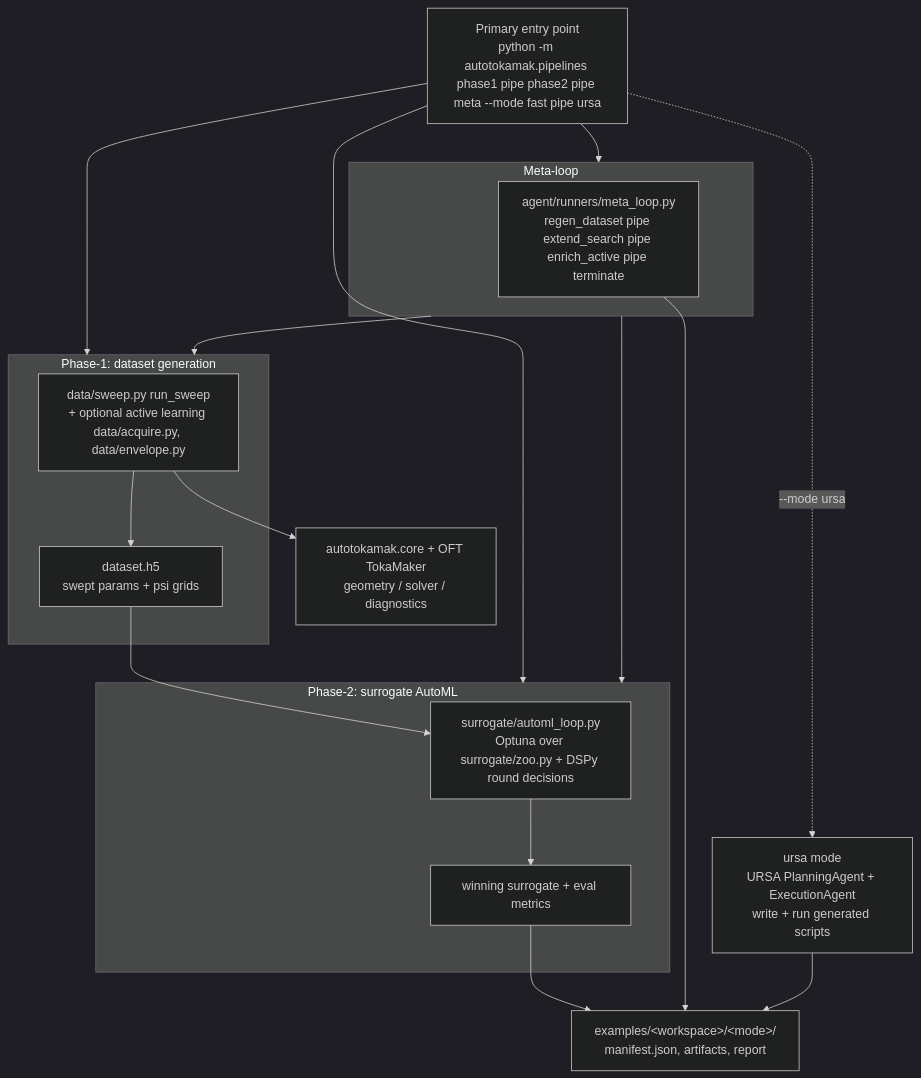
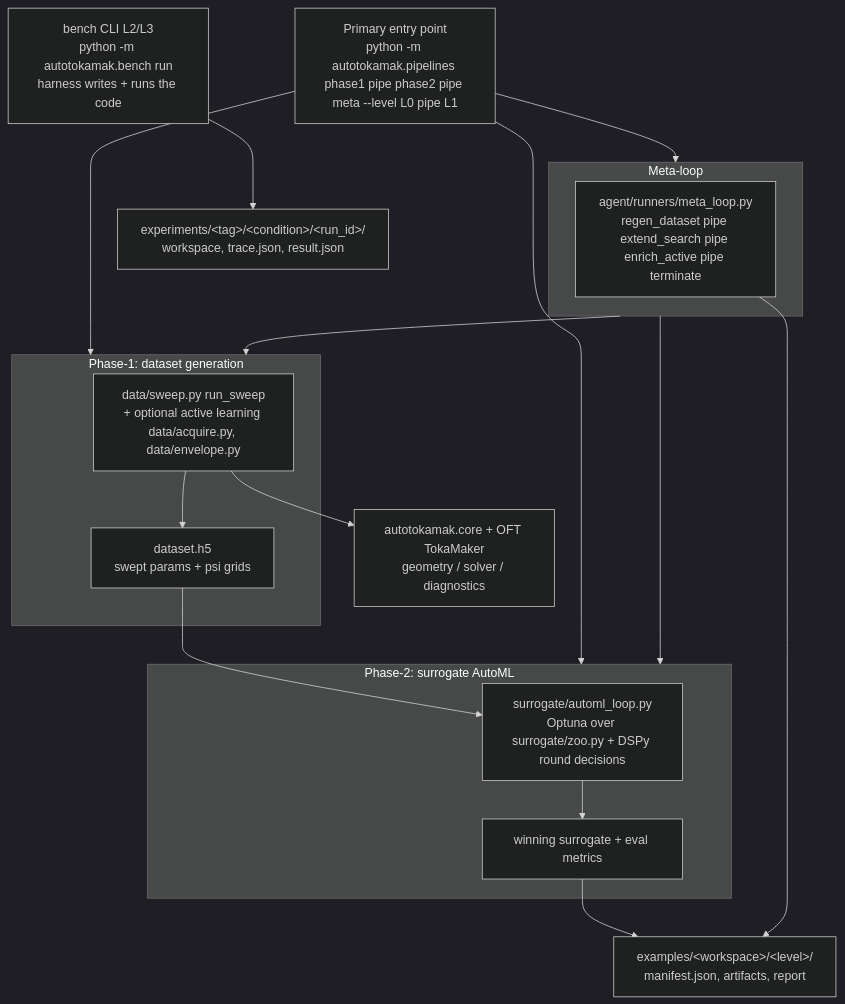
Before and after one commit to hindyros/autotokamak: the diagram in README.md, drawn with Mermaid (dark theme). The commit also changed other lines of this file and 19 other files, not shown here.

````diff
--- a/README.md
+++ b/README.md
@@ -123,37 +147,37 @@
 ```mermaid
 flowchart TD
-    CLI[Primary entry point<br/>python -m autotokamak.pipelines phase1 pipe phase2 pipe meta --mode fast pipe ursa]
+    CLI[Primary entry point<br/>python -m autotokamak.pipelines phase1 pipe phase2 pipe meta --level L0 pipe L1]
 
     subgraph P1 [Phase-1: dataset generation]
       SW[data/sweep.py run_sweep<br/>+ optional active learning data/acquire.py, data/envelope.py]
       DS[dataset.h5<br/>swept params + psi grids]
     end
 
     subgraph P2 [Phase-2: surrogate AutoML]
       AML[surrogate/automl_loop.py<br/>Optuna over surrogate/zoo.py + DSPy round decisions]
       WIN[winning surrogate + eval metrics]
     end
 
     subgraph META [Meta-loop]
       ML[agent/runners/meta_loop.py<br/>regen_dataset pipe extend_search pipe enrich_active pipe terminate]
     end
 
     CORE[autotokamak.core + OFT TokaMaker<br/>geometry / solver / diagnostics]
-    OUT[examples/&lt;workspace&gt;/&lt;mode&gt;/<br/>manifest.json, artifacts, report]
+    OUT[examples/&lt;workspace&gt;/&lt;level&gt;/<br/>manifest.json, artifacts, report]
 
     CLI --> P1
     CLI --> P2
     CLI --> META
     SW --> CORE
     SW --> DS
     DS --> AML
     AML --> WIN
     META --> P1
     META --> P2
     WIN --> OUT
     ML --> OUT
 
-    URSA[ursa mode<br/>URSA PlanningAgent + ExecutionAgent<br/>write + run generated scripts]
-    CLI -.->|--mode ursa| URSA
-    URSA --> OUT
+    BENCH[bench CLI L2/L3<br/>python -m autotokamak.bench run<br/>harness writes + runs the code]
+    BENCHOUT[experiments/&lt;tag&gt;/&lt;condition&gt;/&lt;run_id&gt;/<br/>workspace, trace.json, result.json]
+    BENCH --> BENCHOUT
 ```
````
